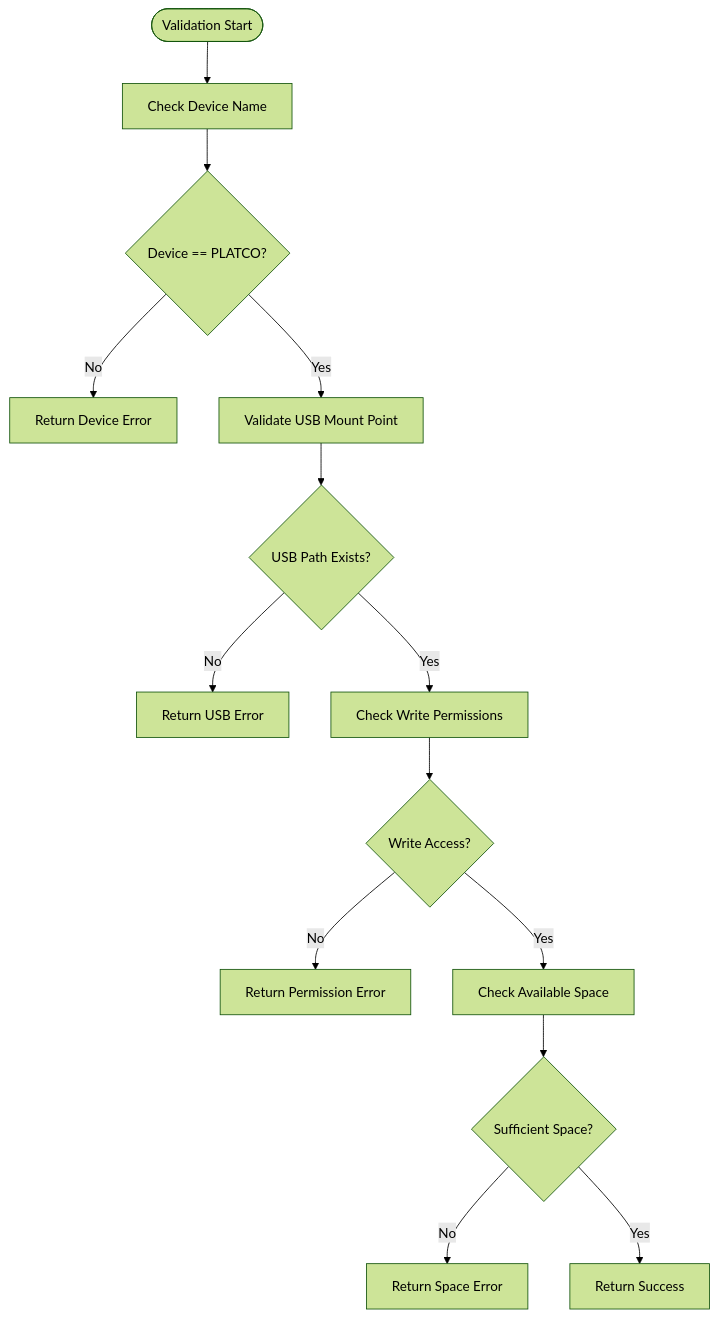
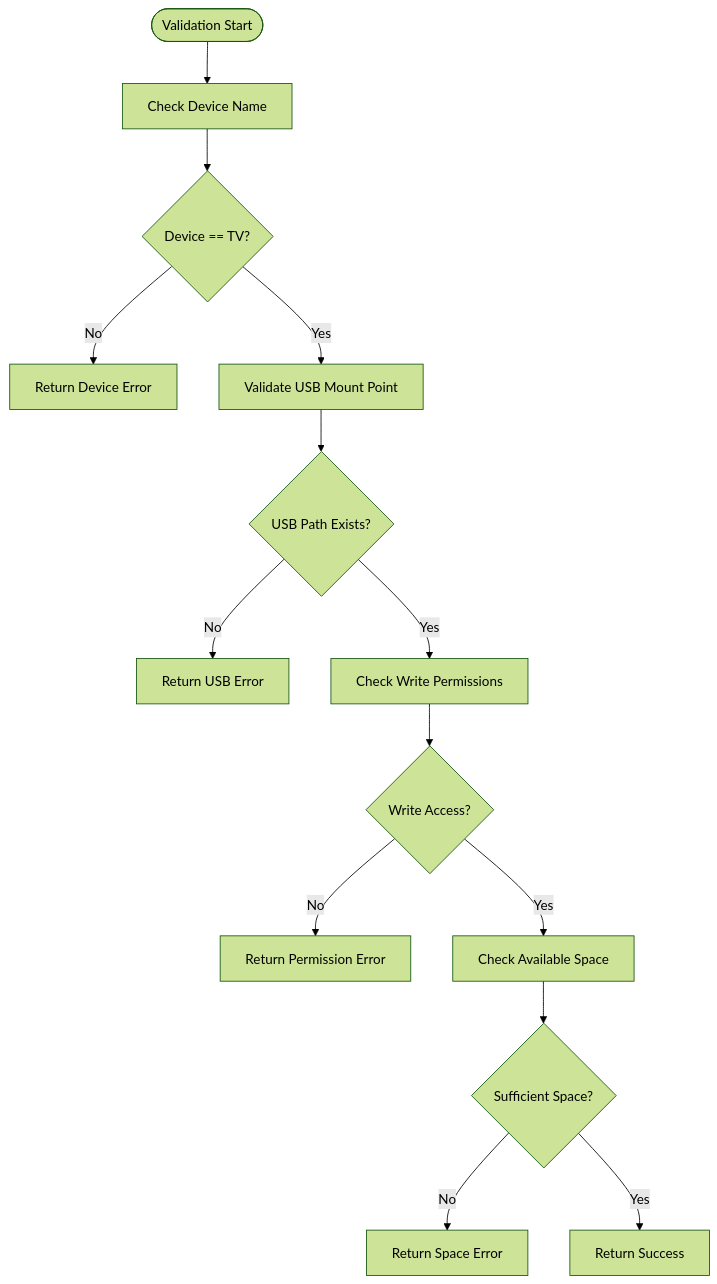
One commit to rdkcentral/dcm-agent changed the second of 10 diagrams in usbLogUpload/docs/usb-log-upload-flowcharts.md. Above: the diagram before and after it, drawn with Mermaid (forest theme). The commit also changed other lines of this file and 5 other files, not shown here.

````diff
--- a/usbLogUpload/docs/usb-log-upload-flowcharts.md
+++ b/usbLogUpload/docs/usb-log-upload-flowcharts.md
@@ -114,19 +114,19 @@
 ```mermaid
 flowchart TD
     ValidateStart([Validation Start]) --> CheckDevice[Check Device Name]
-    CheckDevice --> DeviceMatch{Device == PLATCO?}
+    CheckDevice --> DeviceMatch{Device == TV?}
     DeviceMatch -->|No| DeviceFail[Return Device Error]
     DeviceMatch -->|Yes| CheckUSB[Validate USB Mount Point]
     
     CheckUSB --> USBExists{USB Path Exists?}
     USBExists -->|No| USBFail[Return USB Error]
     USBExists -->|Yes| CheckPerm[Check Write Permissions]
     
     CheckPerm --> PermOK{Write Access?}
     PermOK -->|No| PermFail[Return Permission Error]
     PermOK -->|Yes| CheckSpace[Check Available Space]
     
     CheckSpace --> SpaceOK{Sufficient Space?}
     SpaceOK -->|No| SpaceFail[Return Space Error]
     SpaceOK -->|Yes| ValidateOK[Return Success]
 ```
````
